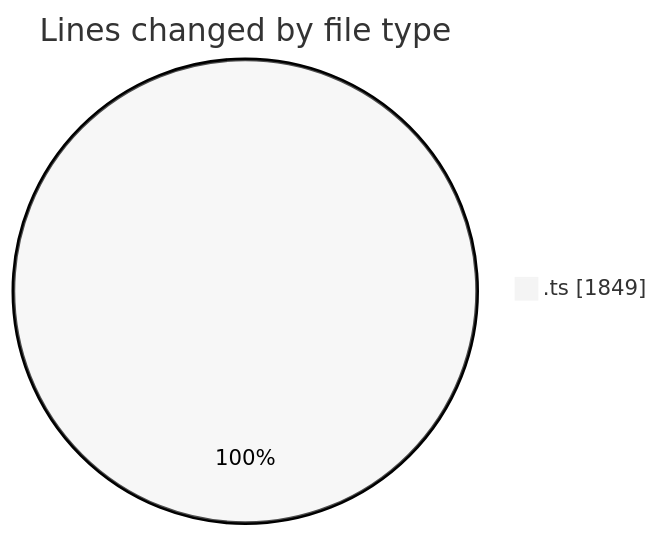
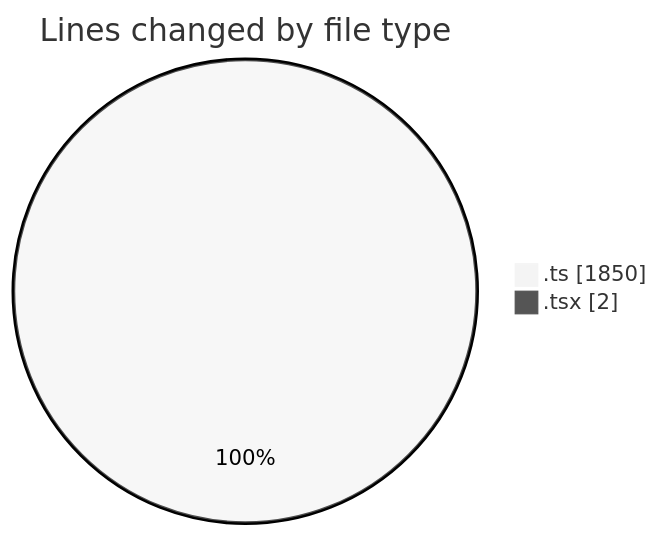
The first of 2 diagrams in 2025-06-03/ecodeli-1/README.md (CELIANVF/code-tracking), drawn with Mermaid (neutral theme) before and after one commit. The commit also changed other lines of this file and 1 other file, not shown here.

````diff
--- a/2025-06-03/ecodeli-1/README.md
+++ b/2025-06-03/ecodeli-1/README.md
@@ -29,5 +32,6 @@
 ```mermaid
 pie showData
 title Lines changed by file type
-".ts" : 1849
+".ts" : 1850
+".tsx" : 2
 ```
````
